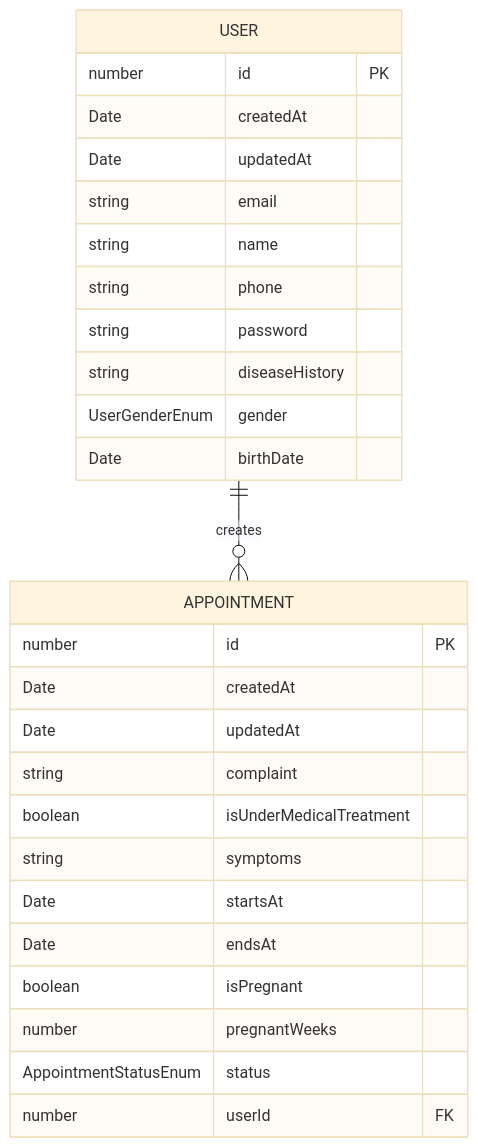
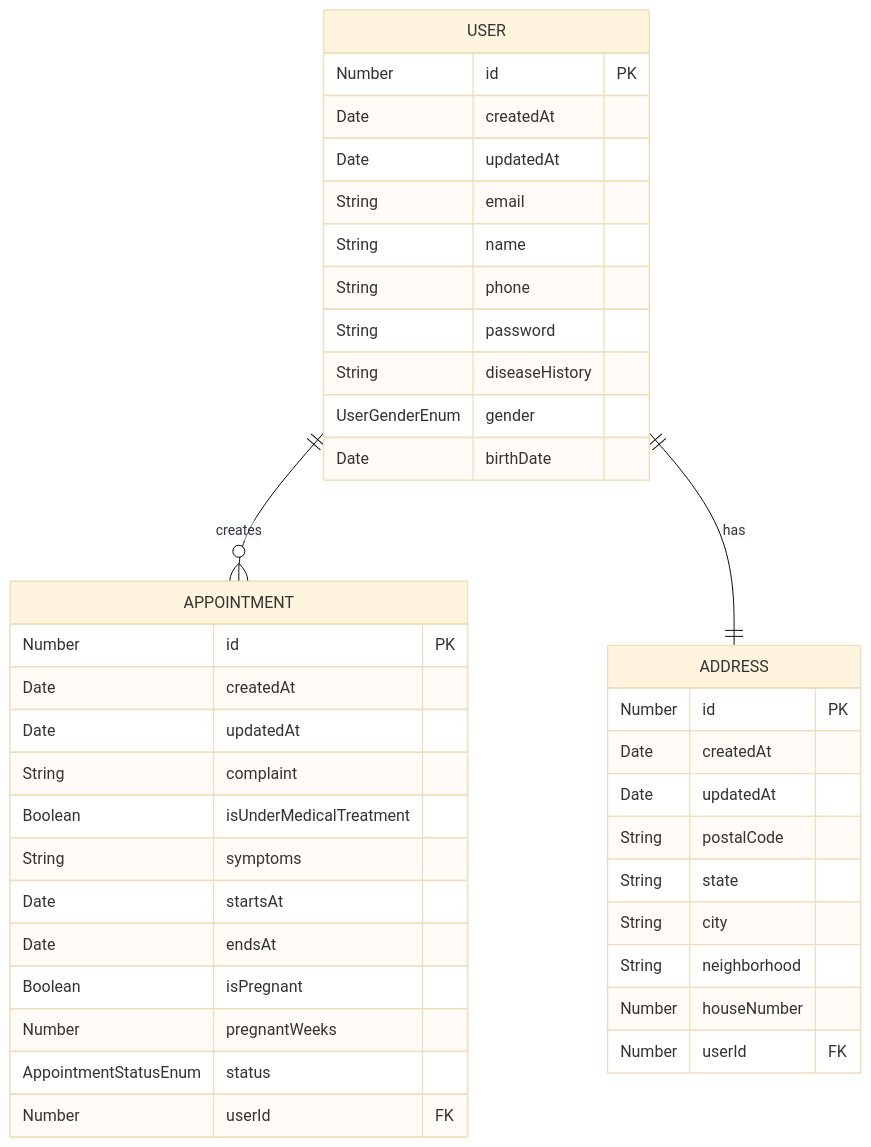
The first of 2 diagrams in README.md (leonardodimarchi/massage-therapy-api), drawn with Mermaid before and after one commit.

Commit message:
docs(README): adding address table

````diff
--- a/README.md
+++ b/README.md
@@ -5,35 +5,49 @@
 ```mermaid
 %%{init: {'theme':'base'}}%%
 erDiagram
     USER ||--o{ APPOINTMENT : creates
+    USER ||--|| ADDRESS : has
     USER {
-        number id PK
+        Number id PK
         Date createdAt
         Date updatedAt
 
-        string email
-        string name
-        string phone
-        string password
-        string diseaseHistory
+        String email
+        String name
+        String phone
+        String password
+        String diseaseHistory
         UserGenderEnum gender
         Date birthDate
     }
 
-    APPOINTMENT {
-        number id PK
+    ADDRESS {
+        Number id PK
         Date createdAt
         Date updatedAt
 
-        string complaint
-        boolean isUnderMedicalTreatment
-        string symptoms
+        String postalCode
+        String state
+        String city
+        String neighborhood
+        Number houseNumber
+        Number userId FK
+    }
+
+    APPOINTMENT {
+        Number id PK
+        Date createdAt
+        Date updatedAt
+
+        String complaint
+        Boolean isUnderMedicalTreatment
+        String symptoms
         Date startsAt
         Date endsAt
-        boolean isPregnant
-        number pregnantWeeks
+        Boolean isPregnant
+        Number pregnantWeeks
         AppointmentStatusEnum status
 
-        number userId FK
+        Number userId FK
     }
 ```
````
